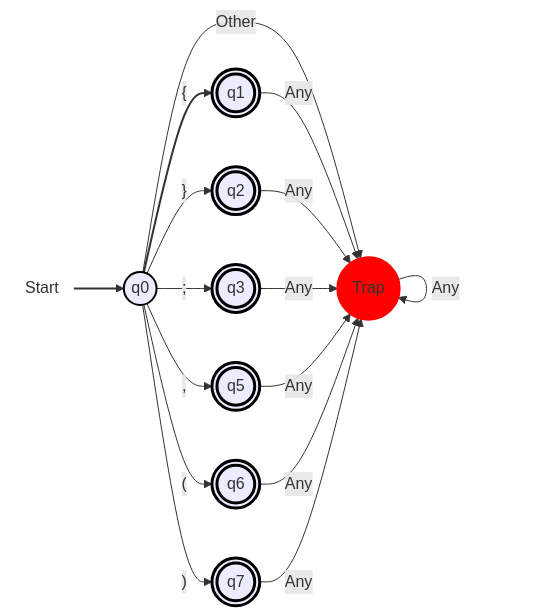
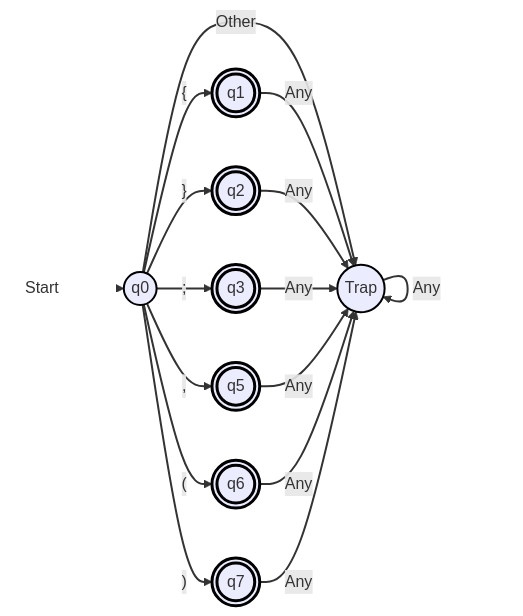
The seventh of 9 diagrams in docs/DFA.md (CS-Tiny-Compiler/a-tiny-compiler), drawn with Mermaid before and after one commit. The commit also changed other lines of this file, not shown here.

First line of the commit message:
made line colors consistent and trap state have a black color

````diff
--- a/docs/DFA.md
+++ b/docs/DFA.md
@@ -248,27 +244,27 @@
 ```mermaid
 flowchart LR
   start(((Start))):::startNode --> q0(("q0")):::normal
   q0 --> |"{"| q1((("q1"))):::finalState
   q0 --> |"}"| q2((("q2"))):::finalState
   q0 --> |";"| q3((("q3"))):::finalState
   q0 --> |","| q5((("q5"))):::finalState
   q0 --> |"("| q6((("q6"))):::finalState
   q0 --> |")"| q7((("q7"))):::finalState
-  q0 --> |Other| trap((("Trap"))):::trap
-  q1 --> |Any| trap((("Trap"))):::trap
-  q2 --> |Any| trap((("Trap"))):::trap
-  q3 --> |Any| trap((("Trap"))):::trap
-  q5 --> |Any| trap((("Trap"))):::trap
-  q6 --> |Any| trap((("Trap"))):::trap
-  q7 --> |Any| trap((("Trap"))):::trap
+  q0 --> |Other| trap(("Trap")):::trap
+  q1 --> |Any| trap(("Trap")):::trap
+  q2 --> |Any| trap(("Trap")):::trap
+  q3 --> |Any| trap(("Trap")):::trap
+  q5 --> |Any| trap(("Trap")):::trap
+  q6 --> |Any| trap(("Trap")):::trap
+  q7 --> |Any| trap(("Trap")):::trap
 
   trap --> |Any| trap
 
   classDef startNode fill:none,stroke:none;
   classDef normal stroke:#000,stroke-width:2px;
   classDef finalState stroke:#000,stroke-width:3px;
-  classDef trap fill:#f00,stroke:#f00,stroke-width:2px;
+  classDef trap stroke:#000,stroke-width:2px;
 
-  linkStyle 0 stroke-width:2px;
-  linkStyle 1 stroke:#333,stroke-width:2px,fill:none;
+  linkStyle 0 stroke:white;
+  linkStyle default stroke:#333,stroke-width:2px,fill:none;
 ```
````
